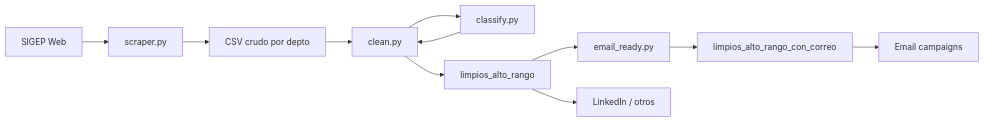
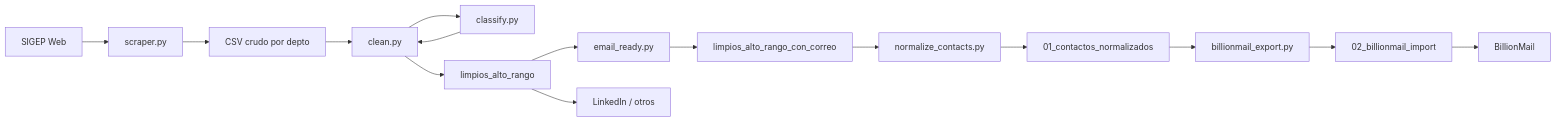
One commit to blessed666-code/sigep-sales-intelligence changed the diagram in docs/architecture.md. Above: the diagram before and after it, drawn with Mermaid. The commit also changed other lines of this file and 9 other files, not shown here.

First line of the commit message:
feat(export): add BillionMail normalize pipeline

````diff
--- a/docs/architecture.md
+++ b/docs/architecture.md
@@ -18,13 +21,17 @@
 ```mermaid
 flowchart LR
   A[SIGEP Web] --> B[scraper.py]
   B --> C[CSV crudo por depto]
   C --> D[clean.py]
   D --> E[classify.py]
   E --> D
   D --> F[limpios_alto_rango]
   F --> G[email_ready.py]
   G --> H[limpios_alto_rango_con_correo]
   F --> I[LinkedIn / otros]
-  H --> J[Email campaigns]
+  H --> J[normalize_contacts.py]
+  J --> K[01_contactos_normalizados]
+  K --> L[billionmail_export.py]
+  L --> M[02_billionmail_import]
+  M --> N[BillionMail]
 ```
````
